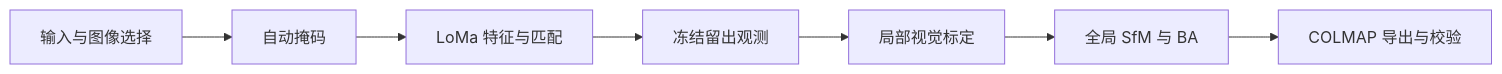
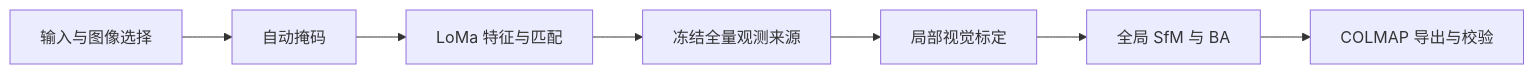
The diagram in README.md (Niloux/GeosunPre), drawn with Mermaid before and after one commit. The commit also changed other lines of this file and 27 other files, not shown here.

````diff
--- a/README.md
+++ b/README.md
@@ -5,9 +5,9 @@
 ```mermaid
 flowchart LR
     A[输入与图像选择] --> B[自动掩码]
     B --> C[LoMa 特征与匹配]
-    C --> D[冻结留出观测]
+    C --> D[冻结全量观测来源]
     D --> E[局部视觉标定]
     E --> F[全局 SfM 与 BA]
     F --> G[COLMAP 导出与校验]
 ```
````
